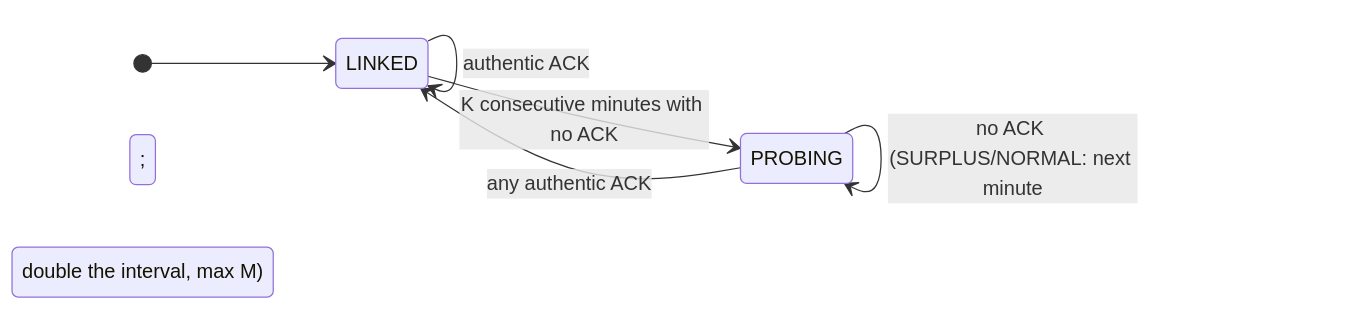
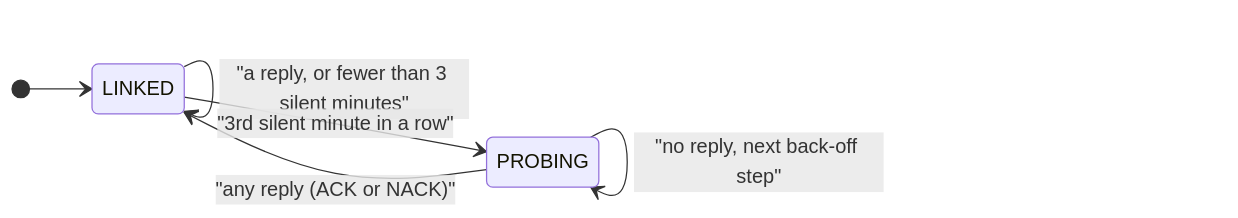
The fourth of 4 diagrams in docs/radio-energy-policy.md (clintecker/weather-station-2026), drawn with Mermaid before and after one commit. The commit also changed other lines of this file and 25 other files, not shown here.

First line of the commit message:
Docs: Mermaid diagrams, no insider jargon, stale figures corrected

````diff
--- a/docs/radio-energy-policy.md
+++ b/docs/radio-energy-policy.md
@@ -163,9 +176,9 @@
 ```mermaid
 stateDiagram-v2
   direction LR
   [*] --> LINKED
-  LINKED --> LINKED: authentic ACK
-  LINKED --> PROBING: K consecutive minutes with no ACK
-  PROBING --> PROBING: no ACK (SURPLUS/NORMAL: next minute; CONSERVE: double the interval, max M)
-  PROBING --> LINKED: any authentic ACK
+  LINKED --> LINKED: "a reply, or fewer than 3 silent minutes"
+  LINKED --> PROBING: "3rd silent minute in a row"
+  PROBING --> PROBING: "no reply, next back-off step"
+  PROBING --> LINKED: "any reply (ACK or NACK)"
 ```
````
